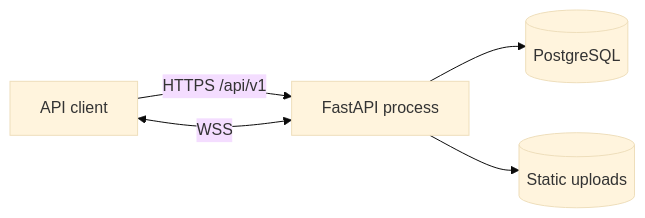
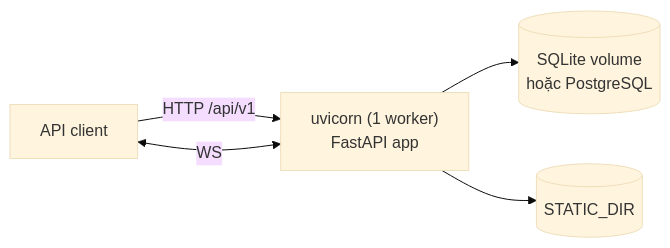
Before and after one commit to vietsosad/Vinfast_Digital_Showroom: the third of 3 diagrams in docs/ARCHITECTURE.md, drawn with Mermaid (base theme). The commit also changed other lines of this file and 10 other files, not shown here.

````diff
--- a/docs/ARCHITECTURE.md
+++ b/docs/ARCHITECTURE.md
@@ -37,7 +146,7 @@
 ```mermaid
 flowchart LR
-    Client[API client] -->|HTTPS /api/v1| App[FastAPI process]
-    Client <-->|WSS| App
-    App --> SQL[(PostgreSQL)]
-    App --> Files[(Static uploads)]
+    Client[API client] -->|HTTP /api/v1| App["uvicorn (1 worker)<br/>FastAPI app"]
+    Client <-->|WS| App
+    App --> DB[(SQLite volume<br/>hoặc PostgreSQL)]
+    App --> Files[(STATIC_DIR)]
 ```
````
